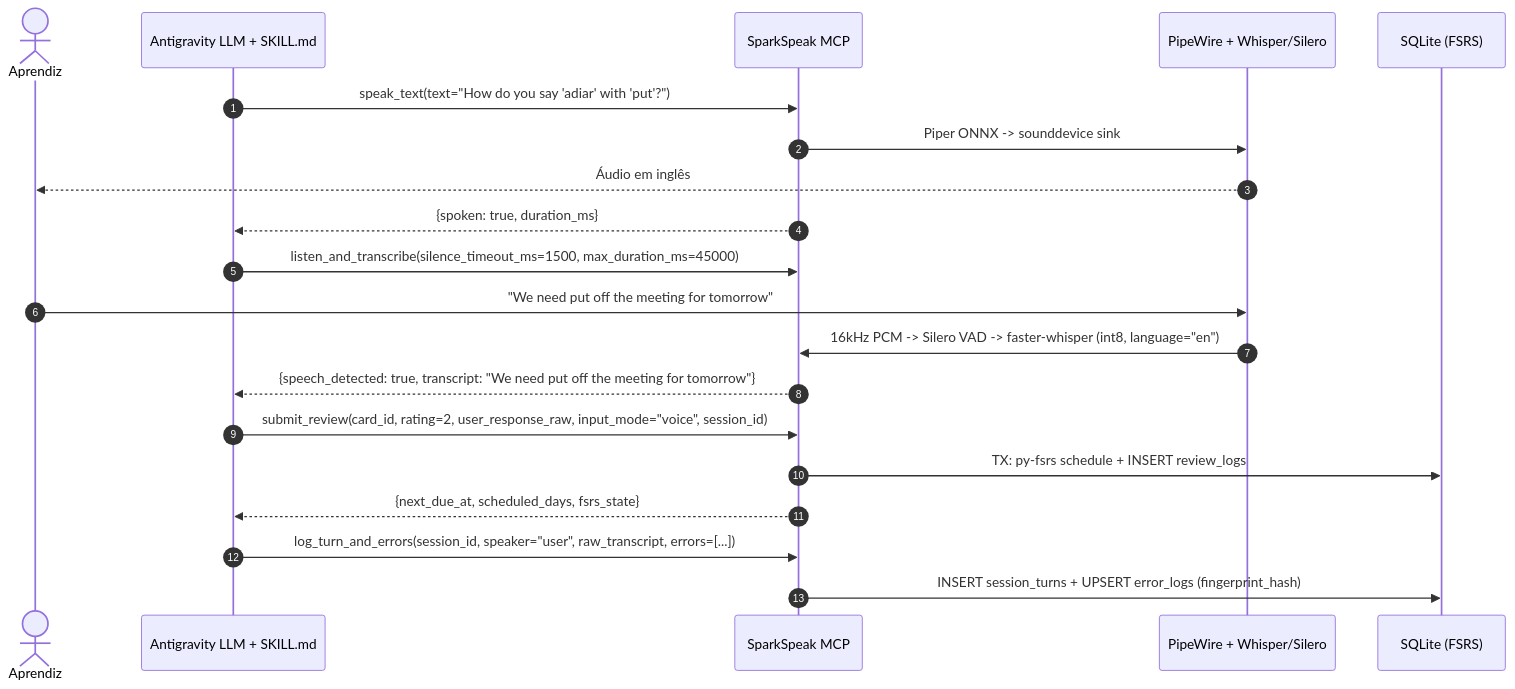
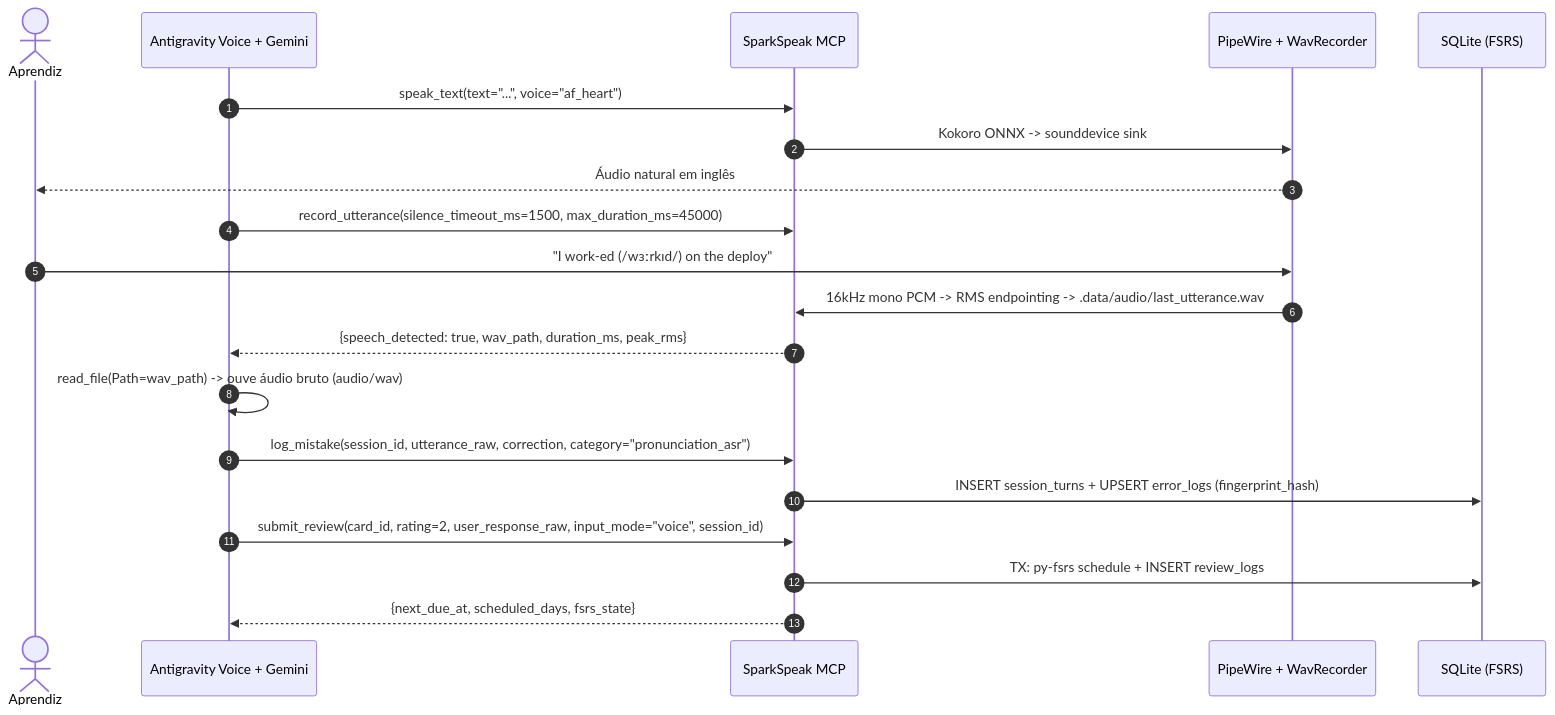
Before and after one commit to tiaggofg/sparkspeak: the second of 3 diagrams in docs/fluxos-e-sequencias.md, drawn with Mermaid. The commit also changed other lines of this file and 41 other files, not shown here.

First line of the commit message:
feat(audio): add multimodal wav capture and kokoro tts

````diff
--- a/docs/fluxos-e-sequencias.md
+++ b/docs/fluxos-e-sequencias.md
@@ -21,26 +21,25 @@
 ```mermaid
 sequenceDiagram
   autonumber
   actor U as Aprendiz
-  participant L as Antigravity LLM + SKILL.md
+  participant V as Antigravity Voice + Gemini
   participant M as SparkSpeak MCP
-  participant PW as PipeWire + Whisper/Silero
+  participant PW as PipeWire + WavRecorder
   participant DB as SQLite (FSRS)
 
-  L->>M: speak_text(text="How do you say 'adiar' with 'put'?")
-  M->>PW: Piper ONNX -> sounddevice sink
-  PW-->>U: Áudio em inglês
-  M-->>L: {spoken: true, duration_ms}
+  V->>M: speak_text(text="...", voice="af_heart")
+  M->>PW: Kokoro ONNX -> sounddevice sink
+  PW-->>U: Áudio natural em inglês
+  V->>M: record_utterance(silence_timeout_ms=1500, max_duration_ms=45000)
+  U->>PW: "I work-ed (/wɜːrkɪd/) on the deploy"
+  PW->>M: 16kHz mono PCM -> RMS endpointing -> .data/audio/last_utterance.wav
+  M-->>V: {speech_detected: true, wav_path, duration_ms, peak_rms}
 
-  L->>M: listen_and_transcribe(silence_timeout_ms=1500, max_duration_ms=45000)
-  U->>PW: "We need put off the meeting for tomorrow"
-  PW->>M: 16kHz PCM -> Silero VAD -> faster-whisper (int8, language="en")
-  M-->>L: {speech_detected: true, transcript: "We need put off the meeting for tomorrow"}
+  V->>V: read_file(Path=wav_path) -> ouve áudio bruto (audio/wav)
+  V->>M: log_mistake(session_id, utterance_raw, correction, category="pronunciation_asr")
+  M->>DB: INSERT session_turns + UPSERT error_logs (fingerprint_hash)
 
-  L->>M: submit_review(card_id, rating=2, user_response_raw, input_mode="voice", session_id)
+  V->>M: submit_review(card_id, rating=2, user_response_raw, input_mode="voice", session_id)
   M->>DB: TX: py-fsrs schedule + INSERT review_logs
-  M-->>L: {next_due_at, scheduled_days, fsrs_state}
-
-  L->>M: log_turn_and_errors(session_id, speaker="user", raw_transcript, errors=[...])
-  M->>DB: INSERT session_turns + UPSERT error_logs (fingerprint_hash)
+  M-->>V: {next_due_at, scheduled_days, fsrs_state}
 ```
````
